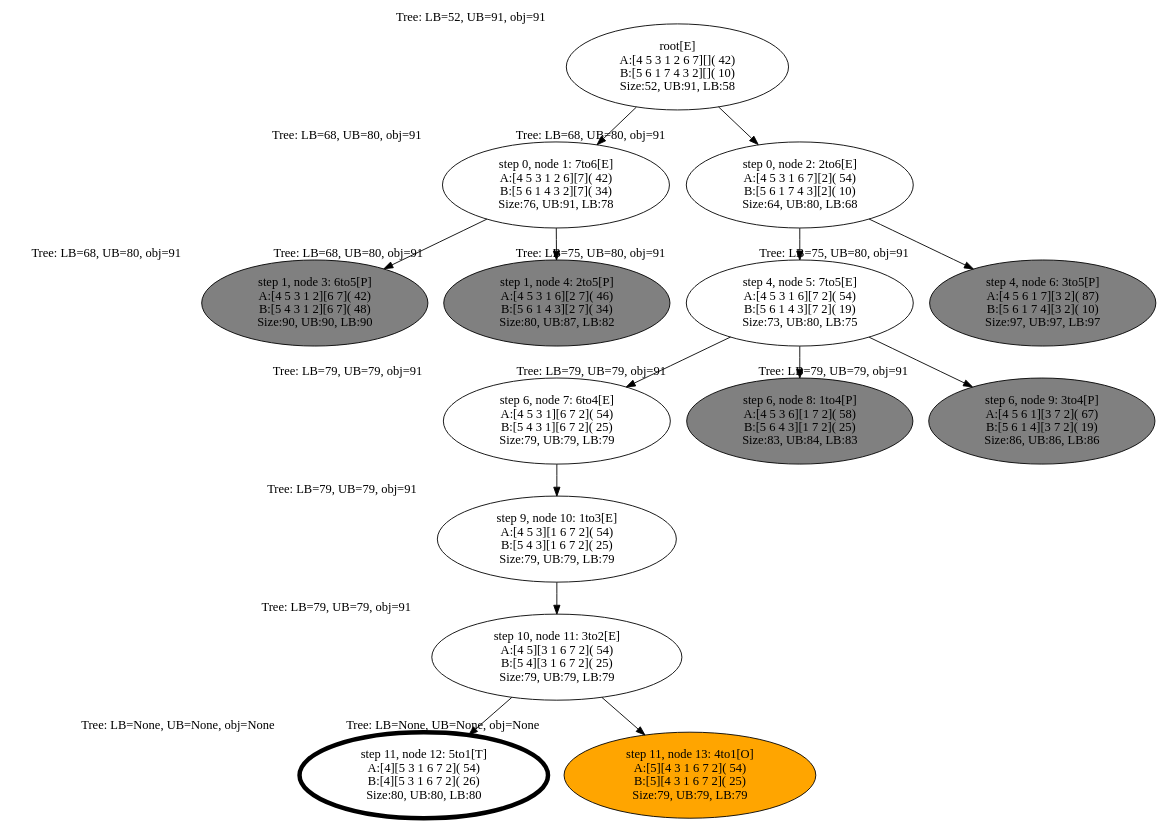
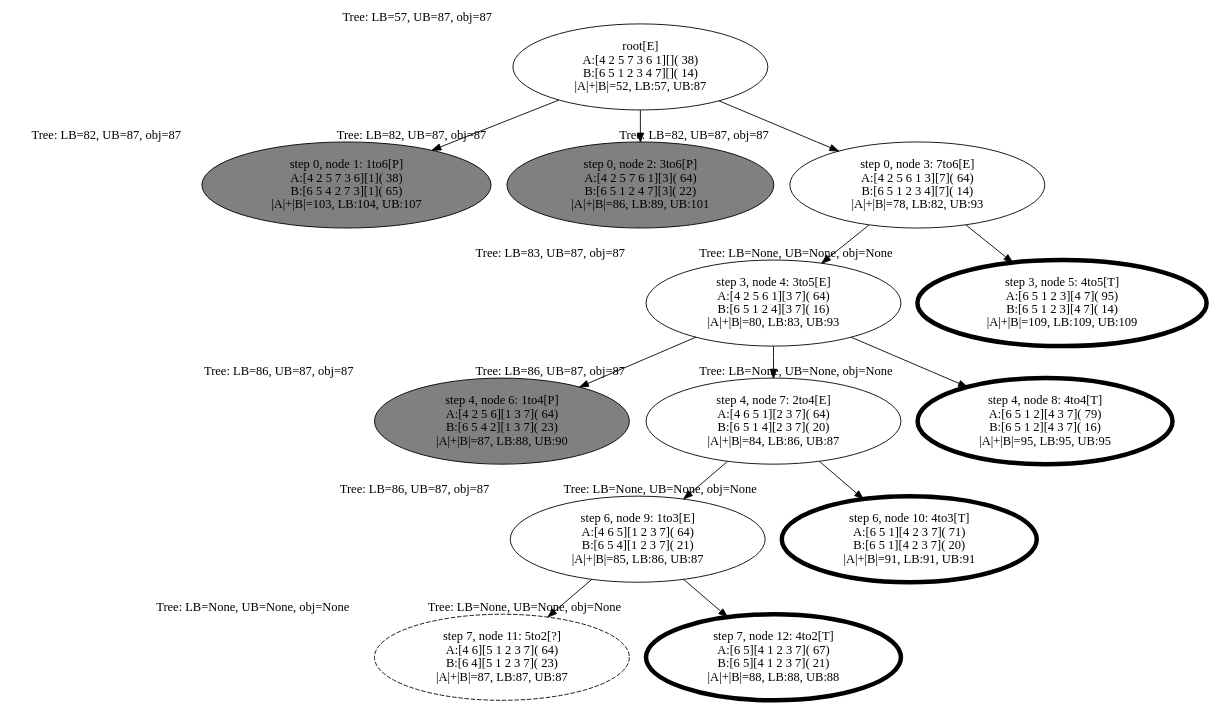
One commit to alex-bochkarev/align-BDD changed the diagram in run_logs/sample_BB_tree.dot. Above: the diagram before and after it, drawn with Graphviz. The commit also changed 6 other files, not shown here.

Commit message:
backup commit: fixing absent optimal node in the figure

```diff
--- a/run_logs/sample_BB_tree.dot
+++ b/run_logs/sample_BB_tree.dot
@@ -1,149 +1,138 @@
 digraph tree {
     "root[E]
-A:[4 5 3 1 2 6 7][]( 42)
-B:[5 6 1 7 4 3 2][]( 10)
-Size:52, UB:91, LB:58" [xlabel="Tree: LB=52, UB=91, obj=91",];
-    "step 0, node 1: 7to6[E]
-A:[4 5 3 1 2 6][7]( 42)
-B:[5 6 1 4 3 2][7]( 34)
-Size:76, UB:91, LB:78" [xlabel="Tree: LB=68, UB=80, obj=91",];
-    "step 1, node 3: 6to5[P]
-A:[4 5 3 1 2][6 7]( 42)
-B:[5 4 3 1 2][6 7]( 48)
-Size:90, UB:90, LB:90" [xlabel="Tree: LB=68, UB=80, obj=91",fillcolor=grey, style=filled];
-    "step 1, node 4: 2to5[P]
-A:[4 5 3 1 6][2 7]( 46)
-B:[5 6 1 4 3][2 7]( 34)
-Size:80, UB:87, LB:82" [xlabel="Tree: LB=68, UB=80, obj=91",fillcolor=grey, style=filled];
-    "step 0, node 2: 2to6[E]
-A:[4 5 3 1 6 7][2]( 54)
-B:[5 6 1 7 4 3][2]( 10)
-Size:64, UB:80, LB:68" [xlabel="Tree: LB=68, UB=80, obj=91",];
-    "step 4, node 5: 7to5[E]
-A:[4 5 3 1 6][7 2]( 54)
-B:[5 6 1 4 3][7 2]( 19)
-Size:73, UB:80, LB:75" [xlabel="Tree: LB=75, UB=80, obj=91",];
-    "step 6, node 7: 6to4[E]
-A:[4 5 3 1][6 7 2]( 54)
-B:[5 4 3 1][6 7 2]( 25)
-Size:79, UB:79, LB:79" [xlabel="Tree: LB=79, UB=79, obj=91",];
-    "step 9, node 10: 1to3[E]
-A:[4 5 3][1 6 7 2]( 54)
-B:[5 4 3][1 6 7 2]( 25)
-Size:79, UB:79, LB:79" [xlabel="Tree: LB=79, UB=79, obj=91",];
-    "step 10, node 11: 3to2[E]
-A:[4 5][3 1 6 7 2]( 54)
-B:[5 4][3 1 6 7 2]( 25)
-Size:79, UB:79, LB:79" [xlabel="Tree: LB=79, UB=79, obj=91",];
-    "step 11, node 12: 5to1[T]
-A:[4][5 3 1 6 7 2]( 54)
-B:[4][5 3 1 6 7 2]( 26)
-Size:80, UB:80, LB:80" [xlabel="Tree: LB=None, UB=None, obj=None",penwidth=5];
-    "step 11, node 13: 4to1[O]
-A:[5][4 3 1 6 7 2]( 54)
-B:[5][4 3 1 6 7 2]( 25)
-Size:79, UB:79, LB:79" [xlabel="Tree: LB=None, UB=None, obj=None",fillcolor=orange, style=filled];
-    "step 6, node 8: 1to4[P]
-A:[4 5 3 6][1 7 2]( 58)
-B:[5 6 4 3][1 7 2]( 25)
-Size:83, UB:84, LB:83" [xlabel="Tree: LB=79, UB=79, obj=91",fillcolor=grey, style=filled];
-    "step 6, node 9: 3to4[P]
-A:[4 5 6 1][3 7 2]( 67)
-B:[5 6 1 4][3 7 2]( 19)
-Size:86, UB:86, LB:86" [xlabel="Tree: LB=79, UB=79, obj=91",fillcolor=grey, style=filled];
-    "step 4, node 6: 3to5[P]
-A:[4 5 6 1 7][3 2]( 87)
-B:[5 6 1 7 4][3 2]( 10)
-Size:97, UB:97, LB:97" [xlabel="Tree: LB=75, UB=80, obj=91",fillcolor=grey, style=filled];
+A:[4 2 5 7 3 6 1][]( 38)
+B:[6 5 1 2 3 4 7][]( 14)
+|A|+|B|=52, LB:57, UB:87" [xlabel="Tree: LB=57, UB=87, obj=87",];
+    "step 0, node 1: 1to6[P]
+A:[4 2 5 7 3 6][1]( 38)
+B:[6 5 4 2 7 3][1]( 65)
+|A|+|B|=103, LB:104, UB:107" [xlabel="Tree: LB=82, UB=87, obj=87",fillcolor=grey, style=filled];
+    "step 0, node 2: 3to6[P]
+A:[4 2 5 7 6 1][3]( 64)
+B:[6 5 1 2 4 7][3]( 22)
+|A|+|B|=86, LB:89, UB:101" [xlabel="Tree: LB=82, UB=87, obj=87",fillcolor=grey, style=filled];
+    "step 0, node 3: 7to6[E]
+A:[4 2 5 6 1 3][7]( 64)
+B:[6 5 1 2 3 4][7]( 14)
+|A|+|B|=78, LB:82, UB:93" [xlabel="Tree: LB=82, UB=87, obj=87",];
+    "step 3, node 4: 3to5[E]
+A:[4 2 5 6 1][3 7]( 64)
+B:[6 5 1 2 4][3 7]( 16)
+|A|+|B|=80, LB:83, UB:93" [xlabel="Tree: LB=83, UB=87, obj=87",];
+    "step 4, node 6: 1to4[P]
+A:[4 2 5 6][1 3 7]( 64)
+B:[6 5 4 2][1 3 7]( 23)
+|A|+|B|=87, LB:88, UB:90" [xlabel="Tree: LB=86, UB=87, obj=87",fillcolor=grey, style=filled];
+    "step 4, node 7: 2to4[E]
+A:[4 6 5 1][2 3 7]( 64)
+B:[6 5 1 4][2 3 7]( 20)
+|A|+|B|=84, LB:86, UB:87" [xlabel="Tree: LB=86, UB=87, obj=87",];
+    "step 6, node 9: 1to3[E]
+A:[4 6 5][1 2 3 7]( 64)
+B:[6 5 4][1 2 3 7]( 21)
+|A|+|B|=85, LB:86, UB:87" [xlabel="Tree: LB=86, UB=87, obj=87",];
+    "step 7, node 11: 5to2[?]
+A:[4 6][5 1 2 3 7]( 64)
+B:[6 4][5 1 2 3 7]( 23)
+|A|+|B|=87, LB:87, UB:87" [xlabel="Tree: LB=None, UB=None, obj=None",fillcolor=lightgrey, style=dashed];
+    "step 7, node 12: 4to2[T]
+A:[6 5][4 1 2 3 7]( 67)
+B:[6 5][4 1 2 3 7]( 21)
+|A|+|B|=88, LB:88, UB:88" [xlabel="Tree: LB=None, UB=None, obj=None",penwidth=5];
+    "step 6, node 10: 4to3[T]
+A:[6 5 1][4 2 3 7]( 71)
+B:[6 5 1][4 2 3 7]( 20)
+|A|+|B|=91, LB:91, UB:91" [xlabel="Tree: LB=None, UB=None, obj=None",penwidth=5];
+    "step 4, node 8: 4to4[T]
+A:[6 5 1 2][4 3 7]( 79)
+B:[6 5 1 2][4 3 7]( 16)
+|A|+|B|=95, LB:95, UB:95" [xlabel="Tree: LB=None, UB=None, obj=None",penwidth=5];
+    "step 3, node 5: 4to5[T]
+A:[6 5 1 2 3][4 7]( 95)
+B:[6 5 1 2 3][4 7]( 14)
+|A|+|B|=109, LB:109, UB:109" [xlabel="Tree: LB=None, UB=None, obj=None",penwidth=5];
     "root[E]
-A:[4 5 3 1 2 6 7][]( 42)
-B:[5 6 1 7 4 3 2][]( 10)
-Size:52, UB:91, LB:58" -> "step 0, node 1: 7to6[E]
-A:[4 5 3 1 2 6][7]( 42)
-B:[5 6 1 4 3 2][7]( 34)
-Size:76, UB:91, LB:78";
+A:[4 2 5 7 3 6 1][]( 38)
+B:[6 5 1 2 3 4 7][]( 14)
+|A|+|B|=52, LB:57, UB:87" -> "step 0, node 1: 1to6[P]
+A:[4 2 5 7 3 6][1]( 38)
+B:[6 5 4 2 7 3][1]( 65)
+|A|+|B|=103, LB:104, UB:107";
     "root[E]
-A:[4 5 3 1 2 6 7][]( 42)
-B:[5 6 1 7 4 3 2][]( 10)
-Size:52, UB:91, LB:58" -> "step 0, node 2: 2to6[E]
-A:[4 5 3 1 6 7][2]( 54)
-B:[5 6 1 7 4 3][2]( 10)
-Size:64, UB:80, LB:68";
-    "step 0, node 1: 7to6[E]
-A:[4 5 3 1 2 6][7]( 42)
-B:[5 6 1 4 3 2][7]( 34)
-Size:76, UB:91, LB:78" -> "step 1, node 3: 6to5[P]
-A:[4 5 3 1 2][6 7]( 42)
-B:[5 4 3 1 2][6 7]( 48)
-Size:90, UB:90, LB:90";
-    "step 0, node 1: 7to6[E]
-A:[4 5 3 1 2 6][7]( 42)
-B:[5 6 1 4 3 2][7]( 34)
-Size:76, UB:91, LB:78" -> "step 1, node 4: 2to5[P]
-A:[4 5 3 1 6][2 7]( 46)
-B:[5 6 1 4 3][2 7]( 34)
-Size:80, UB:87, LB:82";
-    "step 0, node 2: 2to6[E]
-A:[4 5 3 1 6 7][2]( 54)
-B:[5 6 1 7 4 3][2]( 10)
-Size:64, UB:80, LB:68" -> "step 4, node 5: 7to5[E]
-A:[4 5 3 1 6][7 2]( 54)
-B:[5 6 1 4 3][7 2]( 19)
-Size:73, UB:80, LB:75";
-    "step 0, node 2: 2to6[E]
-A:[4 5 3 1 6 7][2]( 54)
-B:[5 6 1 7 4 3][2]( 10)
-Size:64, UB:80, LB:68" -> "step 4, node 6: 3to5[P]
-A:[4 5 6 1 7][3 2]( 87)
-B:[5 6 1 7 4][3 2]( 10)
-Size:97, UB:97, LB:97";
-    "step 4, node 5: 7to5[E]
-A:[4 5 3 1 6][7 2]( 54)
-B:[5 6 1 4 3][7 2]( 19)
-Size:73, UB:80, LB:75" -> "step 6, node 7: 6to4[E]
-A:[4 5 3 1][6 7 2]( 54)
-B:[5 4 3 1][6 7 2]( 25)
-Size:79, UB:79, LB:79";
-    "step 4, node 5: 7to5[E]
-A:[4 5 3 1 6][7 2]( 54)
-B:[5 6 1 4 3][7 2]( 19)
-Size:73, UB:80, LB:75" -> "step 6, node 8: 1to4[P]
-A:[4 5 3 6][1 7 2]( 58)
-B:[5 6 4 3][1 7 2]( 25)
-Size:83, UB:84, LB:83";
-    "step 4, node 5: 7to5[E]
-A:[4 5 3 1 6][7 2]( 54)
-B:[5 6 1 4 3][7 2]( 19)
-Size:73, UB:80, LB:75" -> "step 6, node 9: 3to4[P]
-A:[4 5 6 1][3 7 2]( 67)
-B:[5 6 1 4][3 7 2]( 19)
-Size:86, UB:86, LB:86";
-    "step 6, node 7: 6to4[E]
-A:[4 5 3 1][6 7 2]( 54)
-B:[5 4 3 1][6 7 2]( 25)
-Size:79, UB:79, LB:79" -> "step 9, node 10: 1to3[E]
-A:[4 5 3][1 6 7 2]( 54)
-B:[5 4 3][1 6 7 2]( 25)
-Size:79, UB:79, LB:79";
-    "step 9, node 10: 1to3[E]
-A:[4 5 3][1 6 7 2]( 54)
-B:[5 4 3][1 6 7 2]( 25)
-Size:79, UB:79, LB:79" -> "step 10, node 11: 3to2[E]
-A:[4 5][3 1 6 7 2]( 54)
-B:[5 4][3 1 6 7 2]( 25)
-Size:79, UB:79, LB:79";
-    "step 10, node 11: 3to2[E]
-A:[4 5][3 1 6 7 2]( 54)
-B:[5 4][3 1 6 7 2]( 25)
-Size:79, UB:79, LB:79" -> "step 11, node 12: 5to1[T]
-A:[4][5 3 1 6 7 2]( 54)
-B:[4][5 3 1 6 7 2]( 26)
-Size:80, UB:80, LB:80";
-    "step 10, node 11: 3to2[E]
-A:[4 5][3 1 6 7 2]( 54)
-B:[5 4][3 1 6 7 2]( 25)
-Size:79, UB:79, LB:79" -> "step 11, node 13: 4to1[O]
-A:[5][4 3 1 6 7 2]( 54)
-B:[5][4 3 1 6 7 2]( 25)
-Size:79, UB:79, LB:79";
+A:[4 2 5 7 3 6 1][]( 38)
+B:[6 5 1 2 3 4 7][]( 14)
+|A|+|B|=52, LB:57, UB:87" -> "step 0, node 2: 3to6[P]
+A:[4 2 5 7 6 1][3]( 64)
+B:[6 5 1 2 4 7][3]( 22)
+|A|+|B|=86, LB:89, UB:101";
+    "root[E]
+A:[4 2 5 7 3 6 1][]( 38)
+B:[6 5 1 2 3 4 7][]( 14)
+|A|+|B|=52, LB:57, UB:87" -> "step 0, node 3: 7to6[E]
+A:[4 2 5 6 1 3][7]( 64)
+B:[6 5 1 2 3 4][7]( 14)
+|A|+|B|=78, LB:82, UB:93";
+    "step 0, node 3: 7to6[E]
+A:[4 2 5 6 1 3][7]( 64)
+B:[6 5 1 2 3 4][7]( 14)
+|A|+|B|=78, LB:82, UB:93" -> "step 3, node 4: 3to5[E]
+A:[4 2 5 6 1][3 7]( 64)
+B:[6 5 1 2 4][3 7]( 16)
+|A|+|B|=80, LB:83, UB:93";
+    "step 0, node 3: 7to6[E]
+A:[4 2 5 6 1 3][7]( 64)
+B:[6 5 1 2 3 4][7]( 14)
+|A|+|B|=78, LB:82, UB:93" -> "step 3, node 5: 4to5[T]
+A:[6 5 1 2 3][4 7]( 95)
+B:[6 5 1 2 3][4 7]( 14)
+|A|+|B|=109, LB:109, UB:109";
+    "step 3, node 4: 3to5[E]
+A:[4 2 5 6 1][3 7]( 64)
+B:[6 5 1 2 4][3 7]( 16)
+|A|+|B|=80, LB:83, UB:93" -> "step 4, node 6: 1to4[P]
+A:[4 2 5 6][1 3 7]( 64)
+B:[6 5 4 2][1 3 7]( 23)
+|A|+|B|=87, LB:88, UB:90";
+    "step 3, node 4: 3to5[E]
+A:[4 2 5 6 1][3 7]( 64)
+B:[6 5 1 2 4][3 7]( 16)
+|A|+|B|=80, LB:83, UB:93" -> "step 4, node 7: 2to4[E]
+A:[4 6 5 1][2 3 7]( 64)
+B:[6 5 1 4][2 3 7]( 20)
+|A|+|B|=84, LB:86, UB:87";
+    "step 3, node 4: 3to5[E]
+A:[4 2 5 6 1][3 7]( 64)
+B:[6 5 1 2 4][3 7]( 16)
+|A|+|B|=80, LB:83, UB:93" -> "step 4, node 8: 4to4[T]
+A:[6 5 1 2][4 3 7]( 79)
+B:[6 5 1 2][4 3 7]( 16)
+|A|+|B|=95, LB:95, UB:95";
+    "step 4, node 7: 2to4[E]
+A:[4 6 5 1][2 3 7]( 64)
+B:[6 5 1 4][2 3 7]( 20)
+|A|+|B|=84, LB:86, UB:87" -> "step 6, node 9: 1to3[E]
+A:[4 6 5][1 2 3 7]( 64)
+B:[6 5 4][1 2 3 7]( 21)
+|A|+|B|=85, LB:86, UB:87";
+    "step 4, node 7: 2to4[E]
+A:[4 6 5 1][2 3 7]( 64)
+B:[6 5 1 4][2 3 7]( 20)
+|A|+|B|=84, LB:86, UB:87" -> "step 6, node 10: 4to3[T]
+A:[6 5 1][4 2 3 7]( 71)
+B:[6 5 1][4 2 3 7]( 20)
+|A|+|B|=91, LB:91, UB:91";
+    "step 6, node 9: 1to3[E]
+A:[4 6 5][1 2 3 7]( 64)
+B:[6 5 4][1 2 3 7]( 21)
+|A|+|B|=85, LB:86, UB:87" -> "step 7, node 11: 5to2[?]
+A:[4 6][5 1 2 3 7]( 64)
+B:[6 4][5 1 2 3 7]( 23)
+|A|+|B|=87, LB:87, UB:87";
+    "step 6, node 9: 1to3[E]
+A:[4 6 5][1 2 3 7]( 64)
+B:[6 5 4][1 2 3 7]( 21)
+|A|+|B|=85, LB:86, UB:87" -> "step 7, node 12: 4to2[T]
+A:[6 5][4 1 2 3 7]( 67)
+B:[6 5][4 1 2 3 7]( 21)
+|A|+|B|=88, LB:88, UB:88";
 }
```
